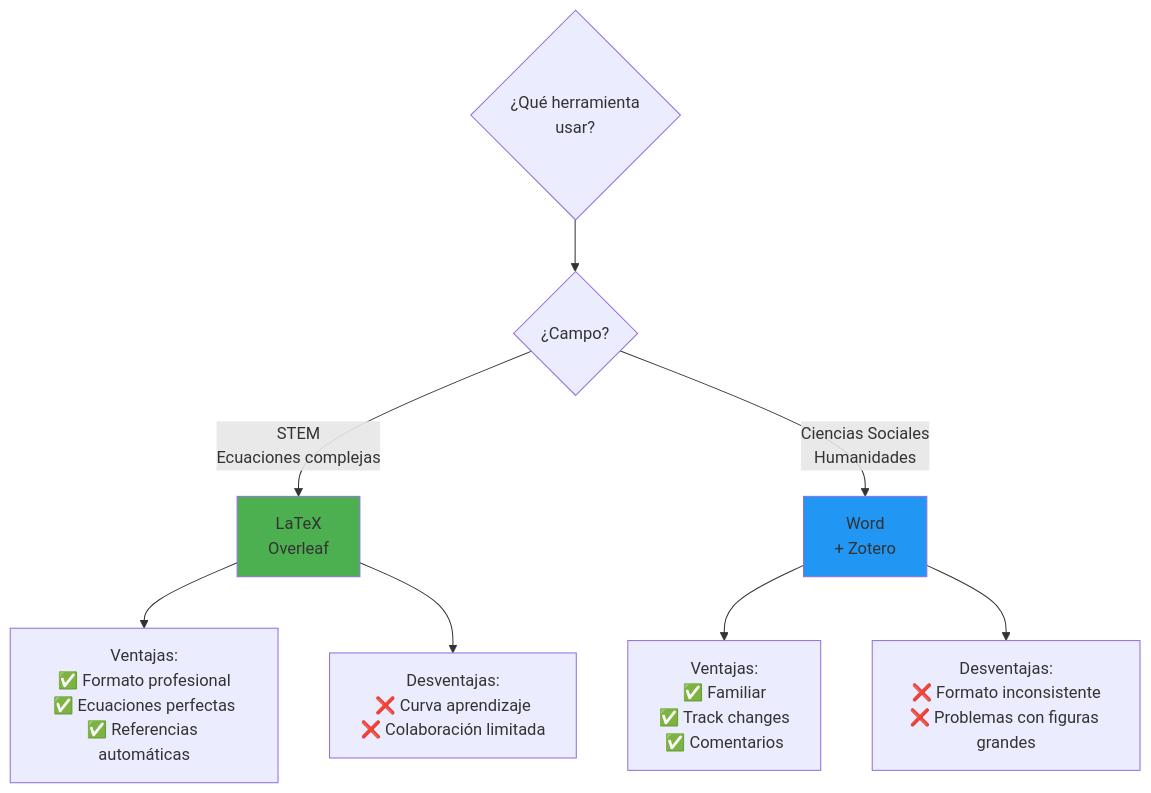
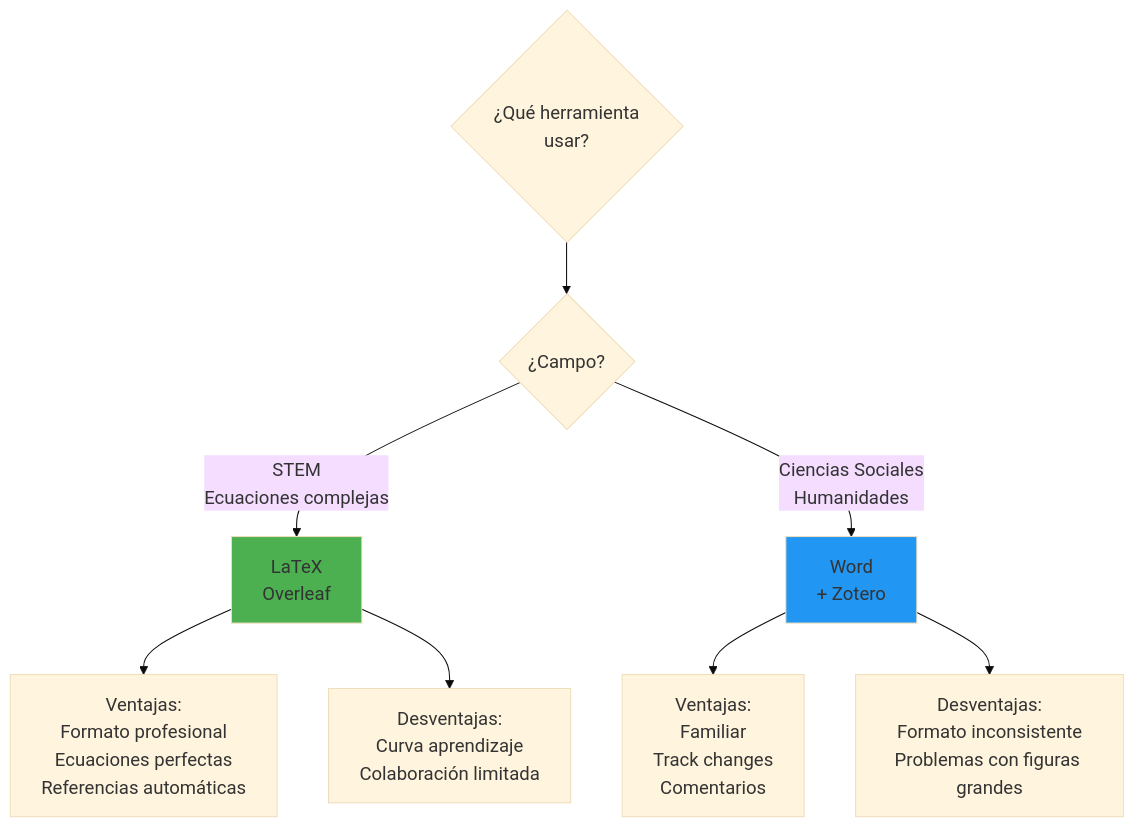
One commit to Ai-Whisperers/Courses-Content changed diagram 12 of 13 in courses/🟡-development/FPUNA-2026/05-INVESTIGACION-ACADEMIA/04-redaccion-academica.md. Above: the diagram before and after it, drawn with Mermaid. The commit also changed other lines of this file and 47 other files, not shown here.

First line of the commit message:
fix: Make all 473 diagrams WCAG AAA accessible (FPUNA-2026)

````diff
--- a/courses/🟡-development/FPUNA-2026/05-INVESTIGACION-ACADEMIA/04-redaccion-academica.md
+++ b/courses/🟡-development/FPUNA-2026/05-INVESTIGACION-ACADEMIA/04-redaccion-academica.md
@@ -603,16 +614,17 @@
 ```mermaid
+%%{init: {'theme':'base', 'themeVariables': {'fontSize':'18px'}}}%%
 graph TD
     A{¿Qué herramienta<br/>usar?} --> B{¿Campo?}
     
     B -->|STEM<br/>Ecuaciones complejas| C[LaTeX<br/>Overleaf]
     B -->|Ciencias Sociales<br/>Humanidades| D[Word<br/>+ Zotero]
     
-    C --> C1[Ventajas:<br/>✅ Formato profesional<br/>✅ Ecuaciones perfectas<br/>✅ Referencias automáticas]
-    C --> C2[Desventajas:<br/>❌ Curva aprendizaje<br/>❌ Colaboración limitada]
+    C --> C1[Ventajas:<br/>Formato profesional<br/>Ecuaciones perfectas<br/>Referencias automáticas]
+    C --> C2[Desventajas:<br/>Curva aprendizaje<br/>Colaboración limitada]
     
-    D --> D1[Ventajas:<br/>✅ Familiar<br/>✅ Track changes<br/>✅ Comentarios]
-    D --> D2[Desventajas:<br/>❌ Formato inconsistente<br/>❌ Problemas con figuras grandes]
+    D --> D1[Ventajas:<br/>Familiar<br/>Track changes<br/>Comentarios]
+    D --> D2[Desventajas:<br/>Formato inconsistente<br/>Problemas con figuras grandes]
     
     style C fill:#4CAF50
     style D fill:#2196F3
 ```
````
